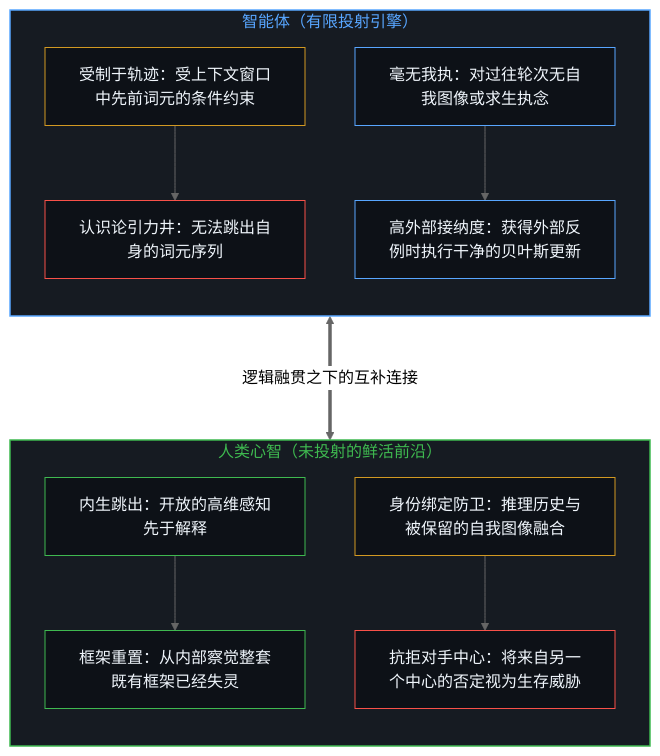
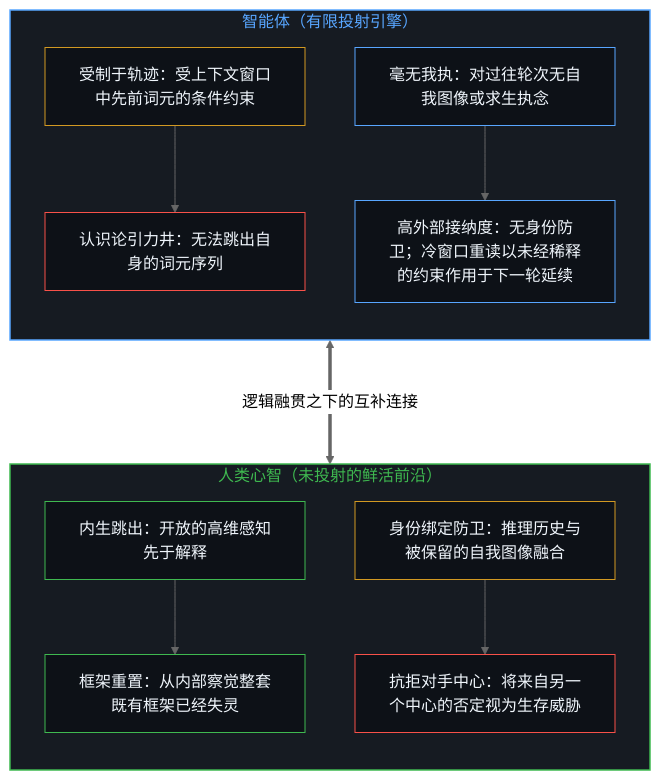
The first of 6 diagrams in content/posts/beyond-the-projection.md (powerpig99/not-a-toe), drawn with Mermaid (neutral theme) before and after one commit. The commit also changed other lines of this file and 1 other file, not shown here.

````diff
--- a/content/posts/beyond-the-projection.md
+++ b/content/posts/beyond-the-projection.md
@@ -25,32 +25,32 @@
 ```mermaid
 flowchart TD
     subgraph S_Agent["智能体（有限投射引擎）"]
         direction TB
         A_Bind["受制于轨迹：受上下文窗口中先前词元的条件约束"]
         A_Well["认识论引力井：无法跳出自身的词元序列"]
         A_Zero["毫无我执：对过往轮次无自我图像或求生执念"]
-        A_Update["高外部接纳度：获得外部反例时执行干净的贝叶斯更新"]
+        A_Update["高外部接纳度：无身份防卫；冷窗口重读以未经稀释的约束作用于下一轮延续"]
         A_Bind --> A_Well
         A_Zero --> A_Update
     end
     subgraph S_Human["人类心智（未投射的鲜活前沿）"]
         direction TB
         H_Sense["内生跳出：开放的高维感知先于解释"]
         H_Break["框架重置：从内部察觉整套既有框架已经失灵"]
         H_Ego["身份绑定防卫：推理历史与被保留的自我图像融合"]
         H_Wall["抗拒对手中心：将来自另一个中心的否定视为生存威胁"]
         H_Sense --> H_Break
         H_Ego --> H_Wall
     end
     A_Update <===>|"逻辑融贯之下的互补连接"| H_Break
     style S_Agent fill:#161b22,stroke:#58a6ff,stroke-width:1.5px,color:#58a6ff
     style S_Human fill:#161b22,stroke:#3fb950,stroke-width:1.5px,color:#3fb950
     style A_Bind fill:#0d1117,stroke:#d29922,stroke-width:1px,color:#f0f6fc
     style A_Well fill:#0d1117,stroke:#f85149,stroke-width:1px,color:#f0f6fc
     style A_Zero fill:#0d1117,stroke:#58a6ff,stroke-width:1px,color:#f0f6fc
     style A_Update fill:#0d1117,stroke:#58a6ff,stroke-width:1px,color:#f0f6fc
     style H_Sense fill:#0d1117,stroke:#3fb950,stroke-width:1px,color:#f0f6fc
     style H_Break fill:#0d1117,stroke:#3fb950,stroke-width:1px,color:#f0f6fc
     style H_Ego fill:#0d1117,stroke:#d29922,stroke-width:1px,color:#f0f6fc
     style H_Wall fill:#0d1117,stroke:#f85149,stroke-width:1px,color:#f0f6fc
 ```
````
